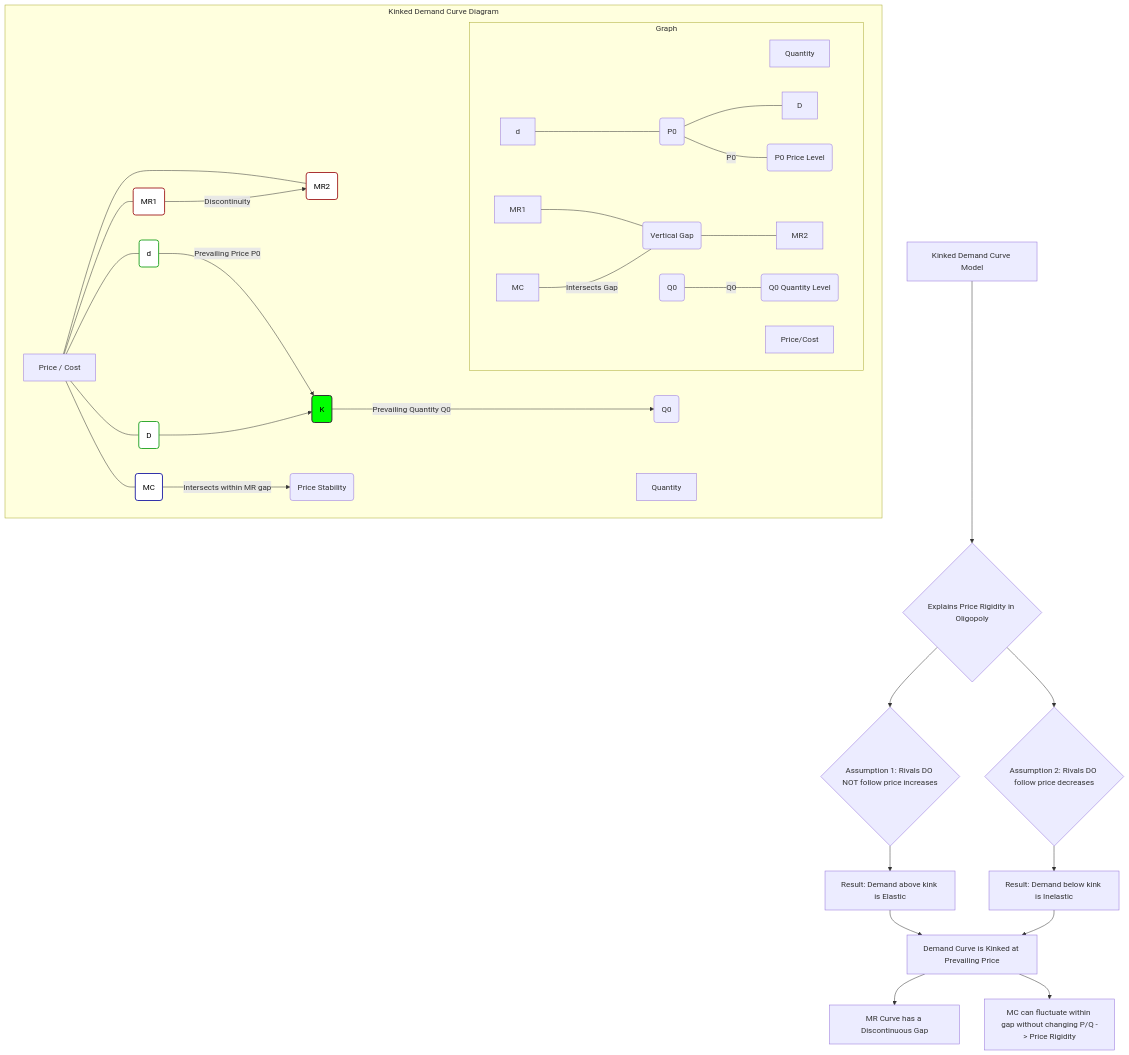
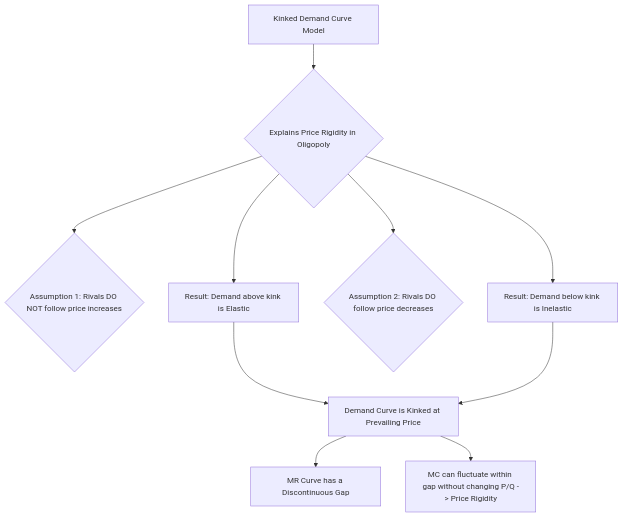
The tenth of 24 diagrams in s6/IEFT/ie2.md (djmahe4/ktu-mindmaps), drawn with Mermaid before and after one commit. The commit also changed other lines of this file, not shown here.

````diff
--- a/s6/IEFT/ie2.md
+++ b/s6/IEFT/ie2.md
@@ -525,67 +351,11 @@
 ```mermaid
 graph TD
     A["Kinked Demand Curve Model"] --> B{"Explains Price Rigidity in Oligopoly"}
     B --> C{"Assumption 1: Rivals DO NOT follow price increases"}
-    C --> D["Result: Demand above kink is Elastic"]
+    B --> D["Result: Demand above kink is Elastic"]
     B --> E{"Assumption 2: Rivals DO follow price decreases"}
-    E --> F["Result: Demand below kink is Inelastic"]
+    B --> F["Result: Demand below kink is Inelastic"]
     D & F --> G["Demand Curve is Kinked at Prevailing Price"]
     G --> H["MR Curve has a Discontinuous Gap"]
     G --> I["MC can fluctuate within gap without changing P/Q -> Price Rigidity"]
-
-    subgraph "Kinked Demand Curve Diagram"
-        direction LR
-        Output_X["Quantity"]
-        PriceCost_Y["Price / Cost"]
-
-        Demand_Upper("d")
-        Demand_Lower("D")
-        MR_Upper("MR1")
-        MR_Lower("MR2")
-        MC_Curve("MC")
-
-        PriceCost_Y --- Demand_Upper
-        PriceCost_Y --- Demand_Lower
-        PriceCost_Y --- MR_Upper
-        PriceCost_Y --- MR_Lower
-        PriceCost_Y --- MC_Curve
-
-        Demand_Upper --> |"Prevailing Price P0"| KinkPoint("K")
-        Demand_Lower --> KinkPoint
-        
-        KinkPoint --> |"Prevailing Quantity Q0"| EquilibriumOutput("Q0")
-
-        MR_Upper --> |"Discontinuity"| MR_Lower
-        MC_Curve --> |"Intersects within MR gap"| McStability("Price Stability")
-
-        style Demand_Upper fill:#fff,stroke:#3a3,stroke-width:2px,color:#000
-        style Demand_Lower fill:#fff,stroke:#3a3,stroke-width:2px,color:#000
-        style MR_Upper fill:#fff,stroke:#a33,stroke-width:2px,color:#000
-        style MR_Lower fill:#fff,stroke:#a33,stroke-width:2px,color:#000
-        style MC_Curve fill:#fff,stroke:#33a,stroke-width:2px,color:#000
-        style KinkPoint fill:#0f0,stroke:#333,stroke-width:2px,color:#000
-
-        subgraph "Graph"
-            direction LR
-            Q_axis["Quantity"]
-            PC_axis["Price/Cost"]
-
-            Demand_d["d"]
-            Demand_D["D"]
-            MR1["MR1"]
-            MR2["MR2"]
-            MC_node["MC"]
-            
-            Demand_d --- KinkP("P0")
-            KinkP --- Demand_D
-            
-            MR1 --- Gap("Vertical Gap")
-            Gap --- MR2
-
-            KinkP --- |"P0"| PointP0("P0 Price Level")
-            Q0_Point("Q0") --- |"Q0"| PointQ0("Q0 Quantity Level")
-            
-            MC_node --- |"Intersects Gap"| Gap
-        end
-    end
 ```
````
